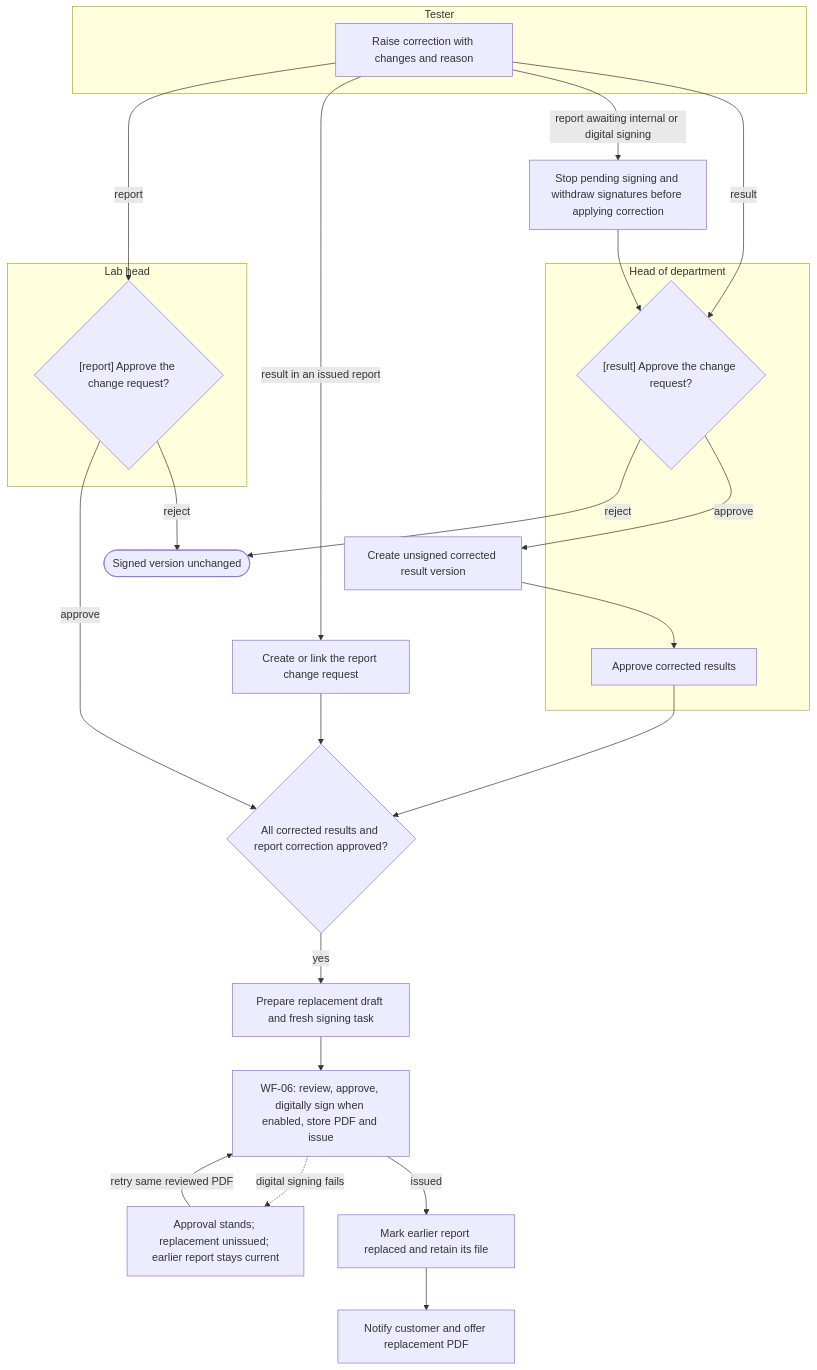
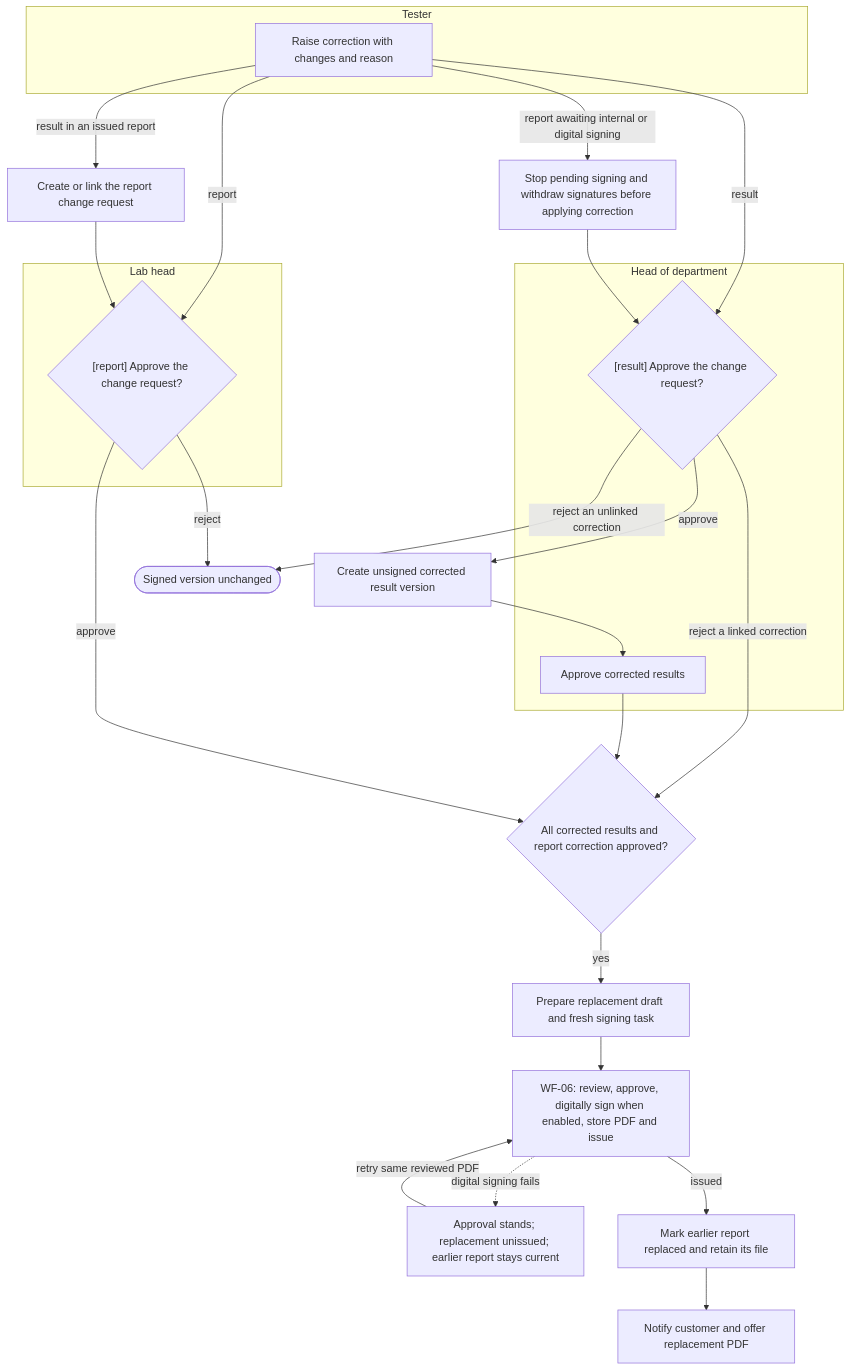
The ninth of 17 diagrams in docs/functional/business-flows.md (SoltuneMontepre/medilab), drawn with Mermaid before and after one commit. The commit also changed 6 other files, not shown here.

````diff
--- a/docs/functional/business-flows.md
+++ b/docs/functional/business-flows.md
@@ -450,30 +450,31 @@
 ```mermaid
 flowchart TD
     subgraph lane24 ["Tester"]
         r1[Raise correction with changes and reason]
     end
     subgraph lane25 ["Head of department"]
         sr{"[result] Approve the change request?"}
         s2[Approve corrected results]
     end
     subgraph lane73 ["Lab head"]
         sp{"[report] Approve the change request?"}
     end
     r1 -->|result| sr
     r1 -->|report| sp
     r1 -->|result in an issued report| link[Create or link the report change request]
     r1 -->|report awaiting internal or digital signing| stop[Stop pending signing and withdraw signatures before applying correction]
-    sr -->|reject| kept([Signed version unchanged])
+    sr -->|reject an unlinked correction| kept([Signed version unchanged])
+    sr -->|reject a linked correction| ready
     sp -->|reject| kept
     sr -->|approve| result[Create unsigned corrected result version] --> s2
     stop --> sr
     s2 --> ready{All corrected results and report correction approved?}
-    link --> ready
+    link --> sp
     ready -->|yes| draft[Prepare replacement draft and fresh signing task]
     sp -->|approve| ready
     draft --> release[WF-06: review, approve, digitally sign when enabled, store PDF and issue]
     release -.->|digital signing fails| pending[Approval stands; replacement unissued; earlier report stays current]
     pending -->|retry same reviewed PDF| release
     release -->|issued| issued[Mark earlier report replaced and retain its file]
     issued --> notice[Notify customer and offer replacement PDF]
 ```
````
